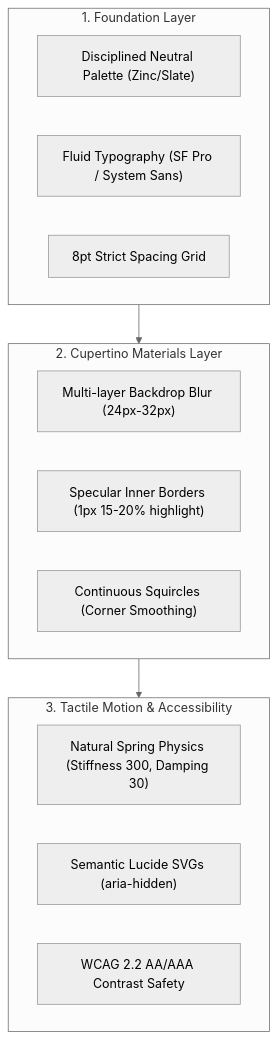
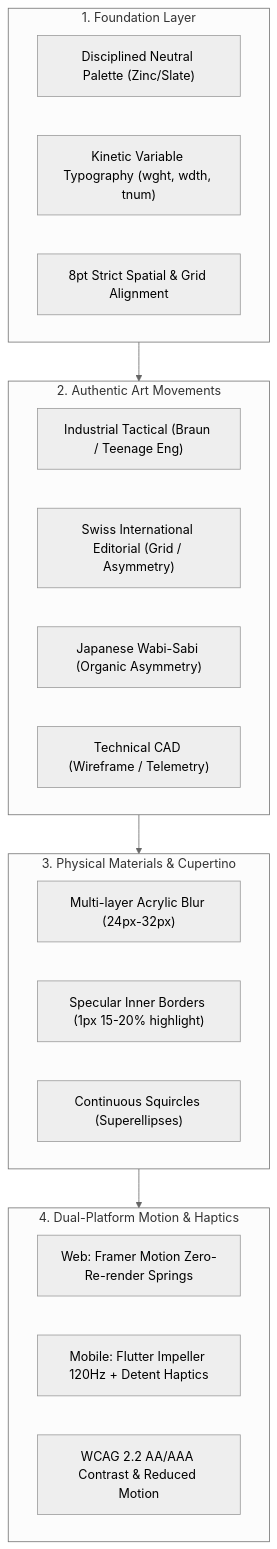
The diagram in skills/ui/SKILL.md (darknecrocities/SkillBuilder), drawn with Mermaid (neutral theme) before and after one commit. The commit also changed other lines of this file and 5 other files, not shown here.

Commit message:
feat(ui): add authentic art movements, kinetic typography, and motion references

````diff
--- a/skills/ui/SKILL.md
+++ b/skills/ui/SKILL.md
@@ -16,19 +16,25 @@
 ```mermaid
 flowchart TD
     subgraph Foundation["1. Foundation Layer"]
         A["Disciplined Neutral Palette (Zinc/Slate)"]
-        B["Fluid Typography (SF Pro / System Sans)"]
-        C["8pt Strict Spacing Grid"]
+        B["Kinetic Variable Typography (wght, wdth, tnum)"]
+        C["8pt Strict Spatial & Grid Alignment"]
     end
-    subgraph Materials["2. Cupertino Materials Layer"]
-        D["Multi-layer Backdrop Blur (24px-32px)"]
-        E["Specular Inner Borders (1px 15-20% highlight)"]
-        F["Continuous Squircles (Corner Smoothing)"]
+    subgraph Movements["2. Authentic Art Movements"]
+        D["Industrial Tactical (Braun / Teenage Eng)"]
+        E["Swiss International Editorial (Grid / Asymmetry)"]
+        F["Japanese Wabi-Sabi (Organic Asymmetry)"]
+        G["Technical CAD (Wireframe / Telemetry)"]
     end
-    subgraph Motion["3. Tactile Motion & Accessibility"]
-        G["Natural Spring Physics (Stiffness 300, Damping 30)"]
-        H["Semantic Lucide SVGs (aria-hidden)"]
-        I["WCAG 2.2 AA/AAA Contrast Safety"]
+    subgraph Materials["3. Physical Materials & Cupertino"]
+        H["Multi-layer Acrylic Blur (24px-32px)"]
+        I["Specular Inner Borders (1px 15-20% highlight)"]
+        J["Continuous Squircles (Superellipses)"]
     end
-    Foundation --> Materials --> Motion
+    subgraph Motion["4. Dual-Platform Motion & Haptics"]
+        K["Web: Framer Motion Zero-Re-render Springs"]
+        L["Mobile: Flutter Impeller 120Hz + Detent Haptics"]
+        M["WCAG 2.2 AA/AAA Contrast & Reduced Motion"]
+    end
+    Foundation --> Movements --> Materials --> Motion
 ```
````
